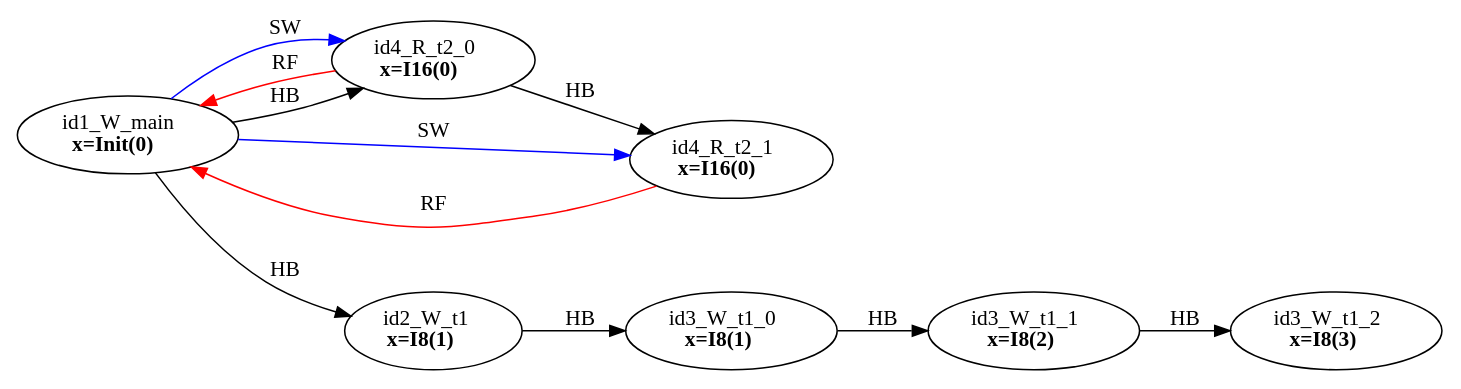
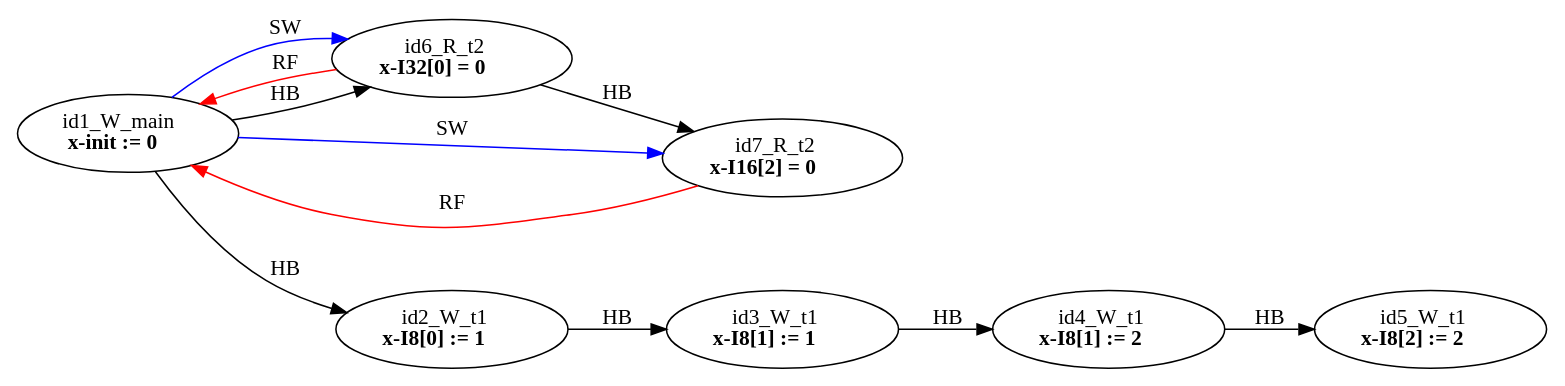
One commit to FMJS/EMME changed the diagram in examples/single_var/sv_simple16/mm1.dot. Above: the diagram before and after it, drawn with Graphviz. The commit also changed 481 other files, not shown here.

```diff
--- a/examples/single_var/sv_simple16/mm1.dot
+++ b/examples/single_var/sv_simple16/mm1.dot
@@ -1,21 +1,21 @@
 digraph memory_model {
 rankdir=LR;
 splines=true; esep=0.5;
-id2_W_t1 -> id3_W_t1_0 [label = "HB", color="black"];
-id3_W_t1_0 -> id3_W_t1_1 [label = "HB", color="black"];
-id3_W_t1_1 -> id3_W_t1_2 [label = "HB", color="black"];
-id4_R_t2_0 -> id4_R_t2_1 [label = "HB", color="black"];
+id2_W_t1 -> id3_W_t1 [label = "HB", color="black"];
+id3_W_t1 -> id4_W_t1 [label = "HB", color="black"];
+id4_W_t1 -> id5_W_t1 [label = "HB", color="black"];
+id6_R_t2 -> id7_R_t2 [label = "HB", color="black"];
 id1_W_main -> id2_W_t1 [label = "HB", color="black"];
-id1_W_main -> id4_R_t2_0 [label = "HB", color="black"];
-id4_R_t2_0 -> id1_W_main [label = "RF", color="red"];
-id4_R_t2_1 -> id1_W_main [label = "RF", color="red"];
-id1_W_main -> id4_R_t2_0 [label = "SW", color="blue"];
-id1_W_main -> id4_R_t2_1 [label = "SW", color="blue"];
-id1_W_main [label=<id1_W_main<br/><B>x=Init(0)</B>>, pos="2.5,8!"]
-id2_W_t1 [label=<id2_W_t1<br/><B>x=I8(1)</B>>, pos="0,6!"]
-id3_W_t1_0 [label=<id3_W_t1_0<br/><B>x=I8(1)</B>>, pos="0,4!"]
-id3_W_t1_1 [label=<id3_W_t1_1<br/><B>x=I8(2)</B>>, pos="0,2!"]
-id3_W_t1_2 [label=<id3_W_t1_2<br/><B>x=I8(3)</B>>, pos="0,0!"]
-id4_R_t2_0 [label=<id4_R_t2_0<br/><B>x=I16(0)</B>>, pos="5,6!"]
-id4_R_t2_1 [label=<id4_R_t2_1<br/><B>x=I16(0)</B>>, pos="5,4!"]
+id1_W_main -> id6_R_t2 [label = "HB", color="black"];
+id6_R_t2 -> id1_W_main [label = "RF", color="red"];
+id7_R_t2 -> id1_W_main [label = "RF", color="red"];
+id1_W_main -> id6_R_t2 [label = "SW", color="blue"];
+id1_W_main -> id7_R_t2 [label = "SW", color="blue"];
+id1_W_main [label=<id1_W_main<br/><B>x-init := 0</B>>, pos="2.5,8!"]
+id2_W_t1 [label=<id2_W_t1<br/><B>x-I8[0] := 1</B>>, pos="0,6!"]
+id3_W_t1 [label=<id3_W_t1<br/><B>x-I8[1] := 1</B>>, pos="0,4!"]
+id4_W_t1 [label=<id4_W_t1<br/><B>x-I8[1] := 2</B>>, pos="0,2!"]
+id5_W_t1 [label=<id5_W_t1<br/><B>x-I8[2] := 2</B>>, pos="0,0!"]
+id6_R_t2 [label=<id6_R_t2<br/><B>x-I32[0] = 0</B>>, pos="5,6!"]
+id7_R_t2 [label=<id7_R_t2<br/><B>x-I16[2] = 0</B>>, pos="5,4!"]
 }
```
